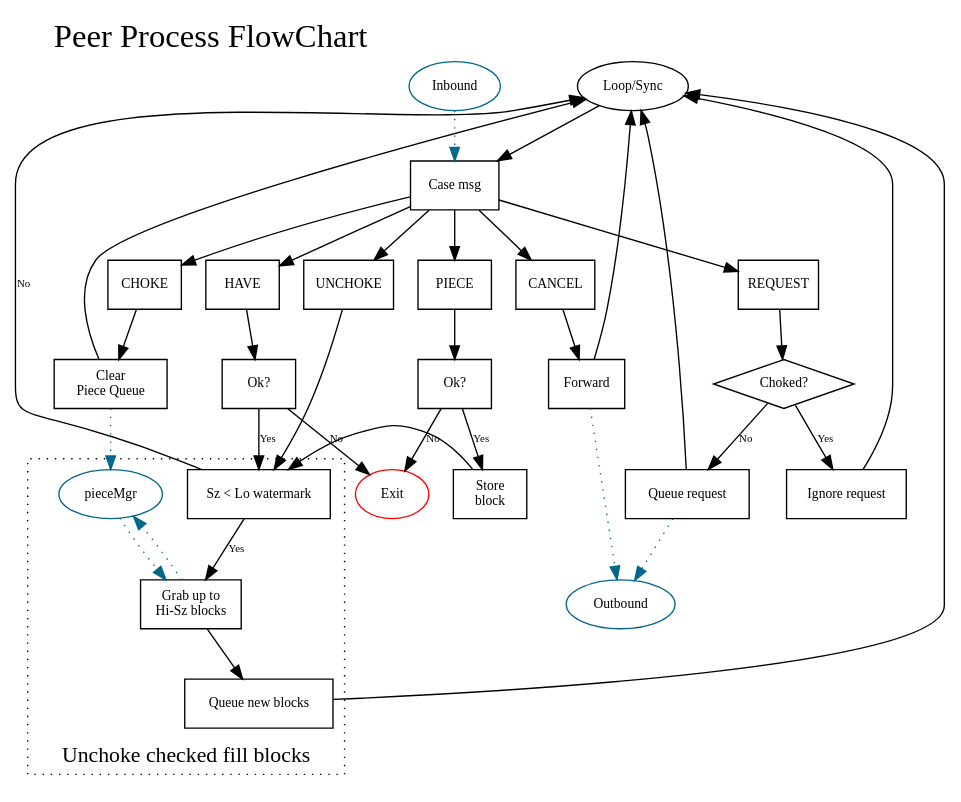
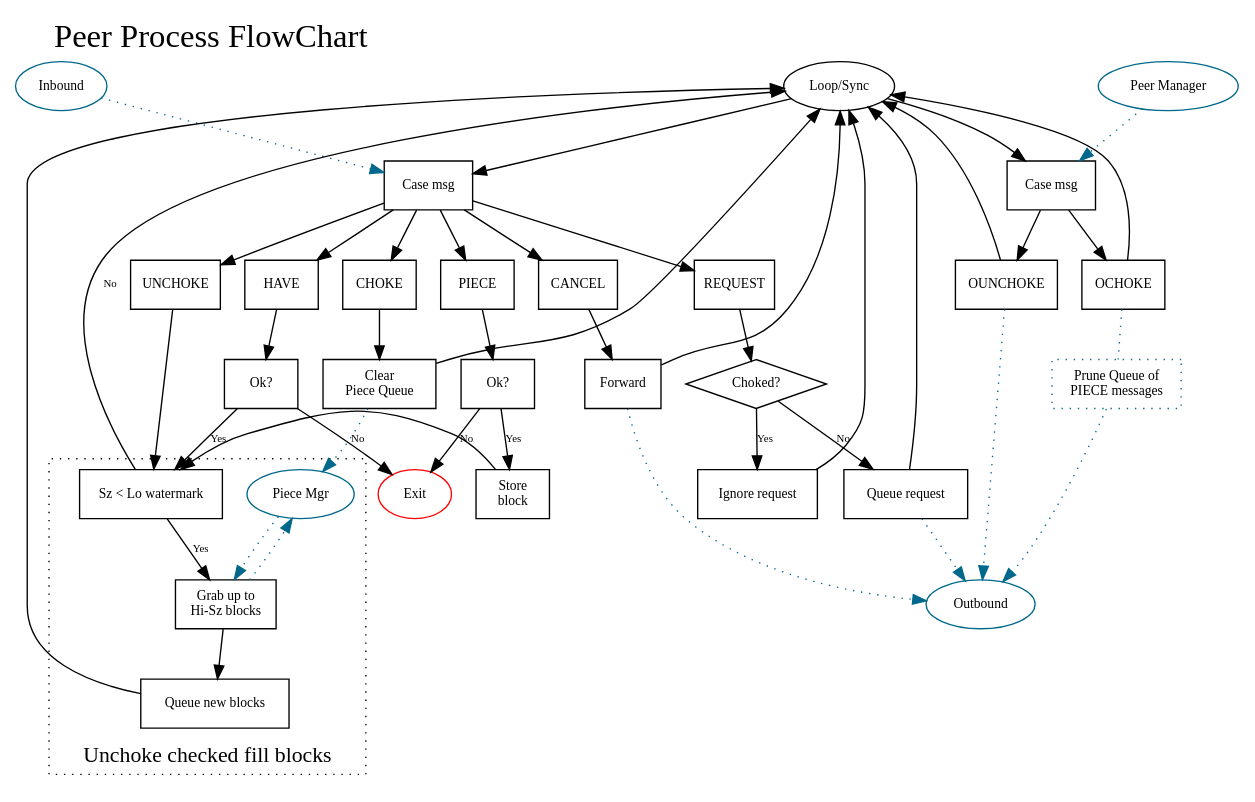
The diagram in doc/Peer.dot (jlouis/combinatorrent), drawn with Graphviz before and after one commit.

Commit message:
Add the Peer Manager communication into the Peer flowchart.

```diff
--- a/doc/Peer.dot
+++ b/doc/Peer.dot
@@ -1,117 +1,137 @@
 digraph {
 	node [fontname="URW Gothic L",fontsize=10];
 	edge [fontname="URW Gothic L",fontsize=8];
 
 	labeljust = l;
 	labelloc = t;
 
 	fontsize = 24;
 	fontname="URW Gothic L";
 	label = "Peer Process FlowChart";
 
 
 	// External communication
 	{ rank=same;
 	  inbound [label="Inbound", shape=ellipse,color=deepskyblue4];
 	  loop [label="Loop/Sync"];
         }
 
 	outbound [label="Outbound", shape=ellipse,color=deepskyblue4];
-	pieceMgr [lable="Piece Mgr",shape=ellipse,color=deepskyblue4];
+	peerMgr  [label="Peer Manager",shape=ellipse,color=deepskyblue4];
+	pieceMgr [label="Piece Mgr",shape=ellipse,color=deepskyblue4];
 
 	exit [label="Exit",color=red];
 
 	node [shape=box];
 
 	// Loop
 	caseMsg [label="Case msg"];
+	casePMMsg [label="Case msg"];
 
 	inbound -> caseMsg [style=dotted,color=deepskyblue4];
 	loop -> caseMsg;
+	peerMgr -> casePMMsg [style=dotted,color=deepskyblue4];
+	loop -> casePMMsg;
 
 	{ rank=same;
 	  piece [label="PIECE"];
 	  have [label="HAVE"];
 	  cancel [label="CANCEL"];
 	  unchoke [label="UNCHOKE"];
 	  choke [label="CHOKE"];
 	  request [label="REQUEST"];
+	  ochoke [label="OCHOKE"];
+	  ounchoke [label="OUNCHOKE"];
         }
+
+	// OUnchoke
+
+	casePMMsg -> ounchoke;
+	ounchoke -> outbound [style=dotted,color=deepskyblue4];
+	ounchoke -> loop;
+
+	// OChoke
+	chokePrune [label="Prune Queue of\nPIECE messages",style=dotted,shape=box,color=deepskyblue4];
+
+	casePMMsg -> ochoke;
+	ochoke -> chokePrune [style=dotted,color=deepskyblue4,arrowhead=none];
+	chokePrune -> outbound [style=dotted,color=deepskyblue4];
+	ochoke -> loop;
 
 	// Piece
 	pieceOk [label="Ok?"];
 	pieceStore [label="Store\nblock"];
 
 	piece -> pieceOk;
 	pieceOk -> exit [label="No"];
 	pieceOk -> pieceStore [label="Yes"];
 
 	pieceStore -> sizeCheck;
 
 	caseMsg -> piece;
 
 	// Have
 	haveOk [label="Ok?"];
 
 	caseMsg -> have;
 	have -> haveOk;
 	haveOk -> exit [label="No"];
 	haveOk -> sizeCheck [label="Yes"];
 
 	// Cancel
 	cancelForward [label="Forward"];
 
 	caseMsg -> cancel;
 	cancel -> cancelForward;
 	cancelForward -> loop;
 	cancelForward -> outbound [style="dotted",color=deepskyblue4];
 
 	// Unchoke
 	caseMsg -> unchoke;
 	unchoke -> sizeCheck;
 
 	// Choke
 	clearPieceQueue [label="Clear\nPiece Queue"];
 
 	caseMsg -> choke;
 	choke -> clearPieceQueue;
 	clearPieceQueue -> pieceMgr [style=dotted,color=deepskyblue4];
 	clearPieceQueue -> loop;
 
 	// Request
 	requestChoked [label="Choked?",shape=diamond];
 	requestIgnore [label="Ignore request"];
 	queueRequest  [label="Queue request"];
 
 	caseMsg -> request;
 	request -> requestChoked;
 	requestChoked -> requestIgnore [label="Yes"];
 	requestIgnore -> loop;
 
 	requestChoked -> queueRequest [label="No"];
 
 	queueRequest -> loop;
 	queueRequest -> outbound [style=dotted,color=deepskyblue4];
 
 
 
 	subgraph cluster_fill_blocks {
 		 fontsize = 16;
 		 style = "dotted";
 		 labelloc=b
 		 label = "Unchoke checked fill blocks";
 
 		 sizeCheck [label="Sz < Lo watermark"];
 		 grabBlocks [label="Grab up to\nHi-Sz blocks"];
 		 queueBlocks [label="Queue new blocks"];
 
 		 sizeCheck -> loop [label="No"];
 		 sizeCheck -> grabBlocks [label="Yes"];
 
 		 grabBlocks -> pieceMgr [style=dotted,color=deepskyblue4];
 		 pieceMgr -> grabBlocks [style=dotted,color=deepskyblue4];
 
 		 grabBlocks -> queueBlocks;
 		 queueBlocks -> loop;
 	}
 }
```
